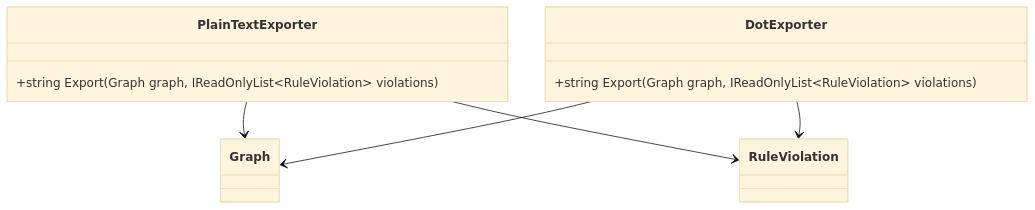
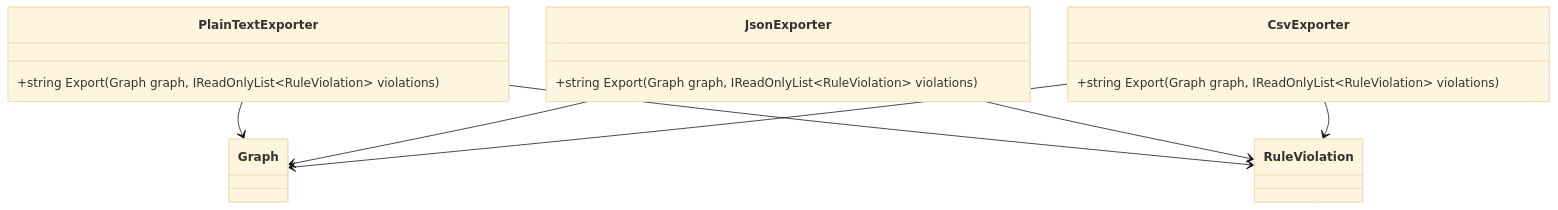
The fourth of 5 diagrams in docs/class-diagram.md (kaito-jiro/code-deps-jiro), drawn with Mermaid (base theme) before and after one commit. The commit also changed other lines of this file and 63 other files, not shown here.

````diff
--- a/docs/class-diagram.md
+++ b/docs/class-diagram.md
@@ -149,16 +157,21 @@
 ```mermaid
 classDiagram
     class PlainTextExporter {
         +string Export(Graph graph, IReadOnlyList~RuleViolation~ violations)
     }
-    class DotExporter {
+    class JsonExporter {
+        +string Export(Graph graph, IReadOnlyList~RuleViolation~ violations)
+    }
+    class CsvExporter {
         +string Export(Graph graph, IReadOnlyList~RuleViolation~ violations)
     }
     class Graph
     class RuleViolation
 
     PlainTextExporter --> Graph
     PlainTextExporter --> RuleViolation
-    DotExporter --> Graph
-    DotExporter --> RuleViolation
+    JsonExporter --> Graph
+    JsonExporter --> RuleViolation
+    CsvExporter --> Graph
+    CsvExporter --> RuleViolation
 ```
````
